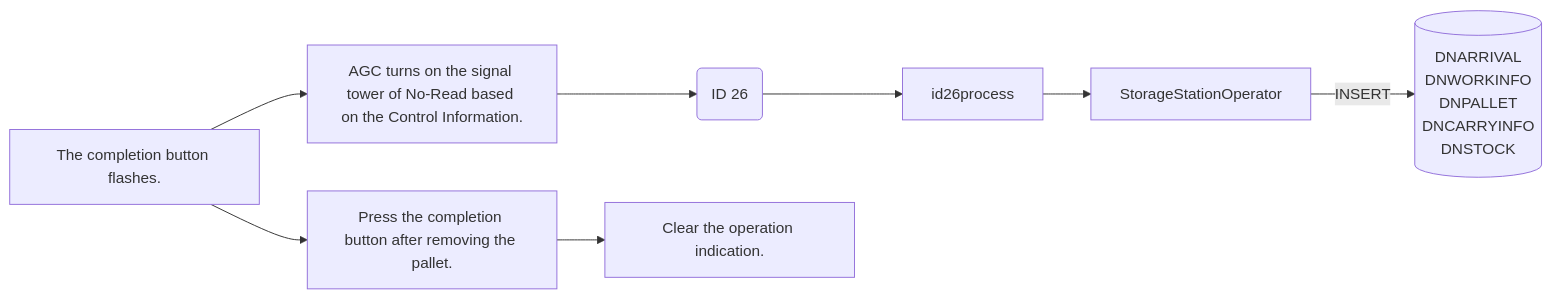
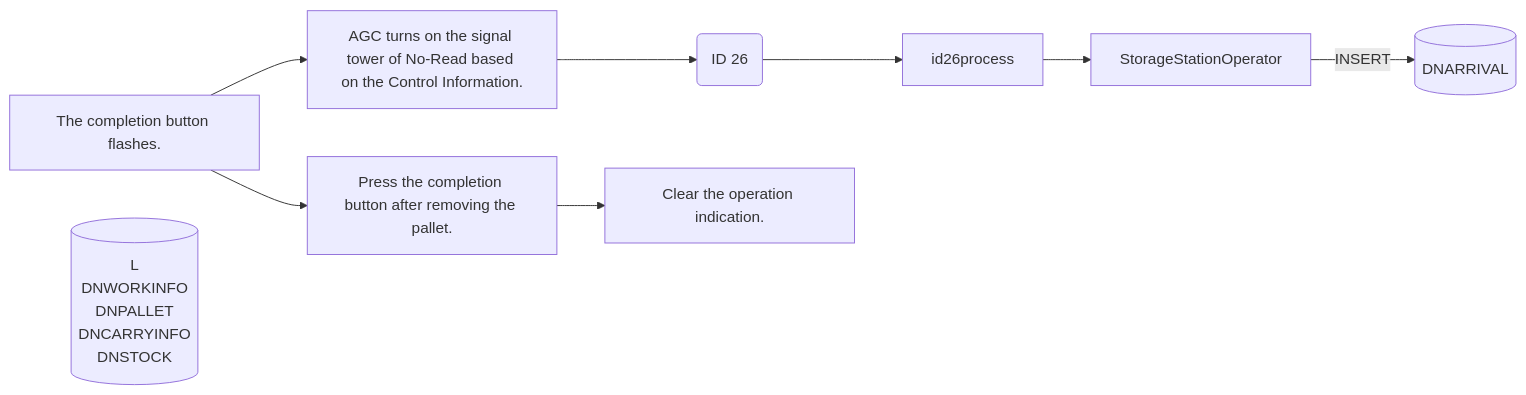
One commit to luthfiadityaa/SimeDarby-Wiki changed the tenth of 10 diagrams in Basic-Design/DFD-WMS/Storage/Palletizing-Settting/Irregular-Cases.md. Above: the diagram before and after it, drawn with Mermaid.

Commit message:
Updated Irregular Cases

```diff
--- a/Basic-Design/DFD-WMS/Storage/Palletizing-Settting/Irregular-Cases.md
+++ b/Basic-Design/DFD-WMS/Storage/Palletizing-Settting/Irregular-Cases.md
@@ -428,37 +428,40 @@
 ::: mermaid
 flowchart LR
 
 releaseCommand["
 The completion button flashes.
 "]
 
 releaseCommand0["
 AGC turns on the signal tower of No-Read based on the Control Information. 
 "]
 
 id26msg("
 ID 26
 ")
 
 id26-insert[("
-   DNARRIVAL
+   DNARRIVAL		
+")]
+
+id26-delete[("L
    DNWORKINFO
    DNPALLET
    DNCARRYINFO
    DNSTOCK		
 ")]
 
 storageStationOperator[StorageStationOperator]
 
 releaseCommand2["
 Press the completion button after removing the pallet.
 "]
 
 releaseCommand3["
 Clear the operation indication. 
 "]
 
 releaseCommand-->releaseCommand2-->releaseCommand3
 releaseCommand-->releaseCommand0-->id26msg-->id26process-->storageStationOperator
 storageStationOperator--> |INSERT| id26-insert
 :::
```
